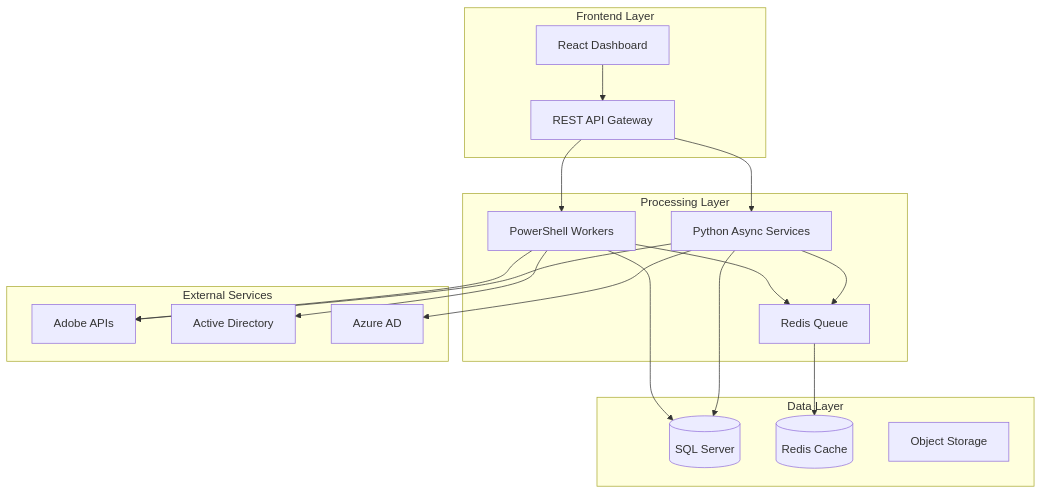
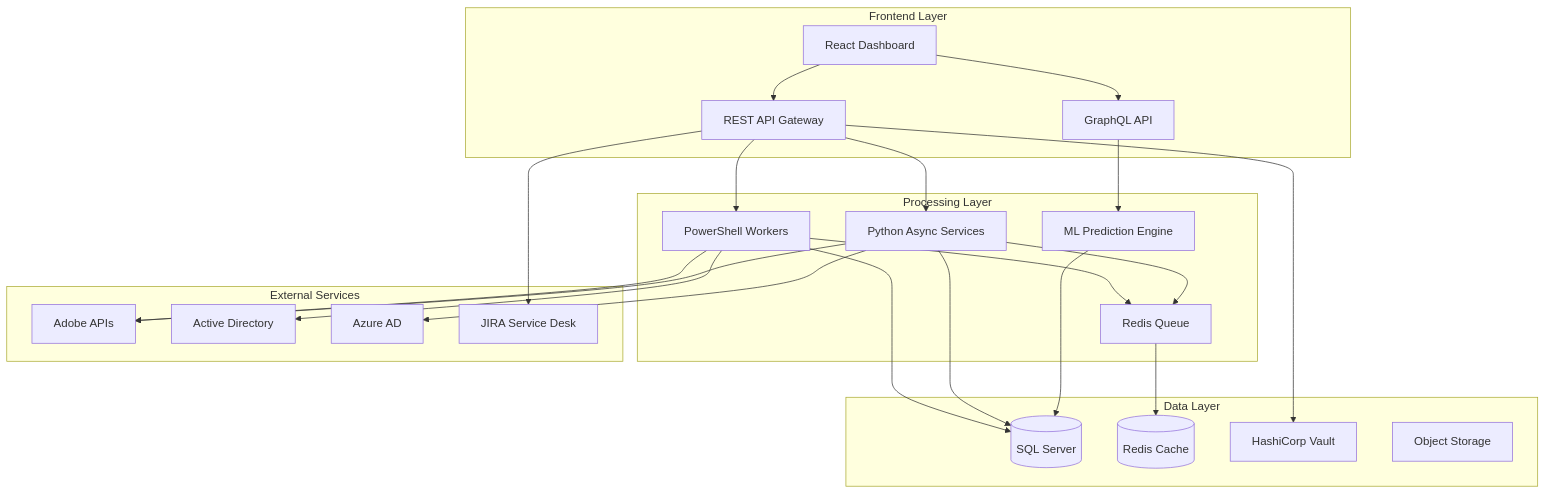
Before and after one commit to wesellis/TECH-Adobe-Enterprise-Automation-PowerShell-Python-Portfolio: the diagram in README.md, drawn with Mermaid. The commit also changed other lines of this file and 37 other files, not shown here.

````diff
--- a/README.md
+++ b/README.md
@@ -189,38 +223,47 @@
 ```mermaid
 graph TB
     subgraph "Frontend Layer"
         WEB[React Dashboard]
         API[REST API Gateway]
+        GQL[GraphQL API]
     end
 
     subgraph "Processing Layer"
         PS[PowerShell Workers]
         PY[Python Async Services]
+        ML[ML Prediction Engine]
         QUEUE[Redis Queue]
     end
 
     subgraph "Data Layer"
         SQL[(SQL Server)]
         REDIS[(Redis Cache)]
+        VAULT[HashiCorp Vault]
         S3[Object Storage]
     end
 
     subgraph "External Services"
         ADOBE[Adobe APIs]
         AD[Active Directory]
         AZURE[Azure AD]
+        JIRA[JIRA Service Desk]
     end
 
     WEB --> API
+    WEB --> GQL
     API --> PS
     API --> PY
+    GQL --> ML
     PS --> QUEUE
     PY --> QUEUE
     QUEUE --> REDIS
     PS --> SQL
     PY --> SQL
+    ML --> SQL
     PS --> ADOBE
     PY --> ADOBE
     PS --> AD
     PY --> AZURE
+    API --> JIRA
+    API --> VAULT
 ```
````
